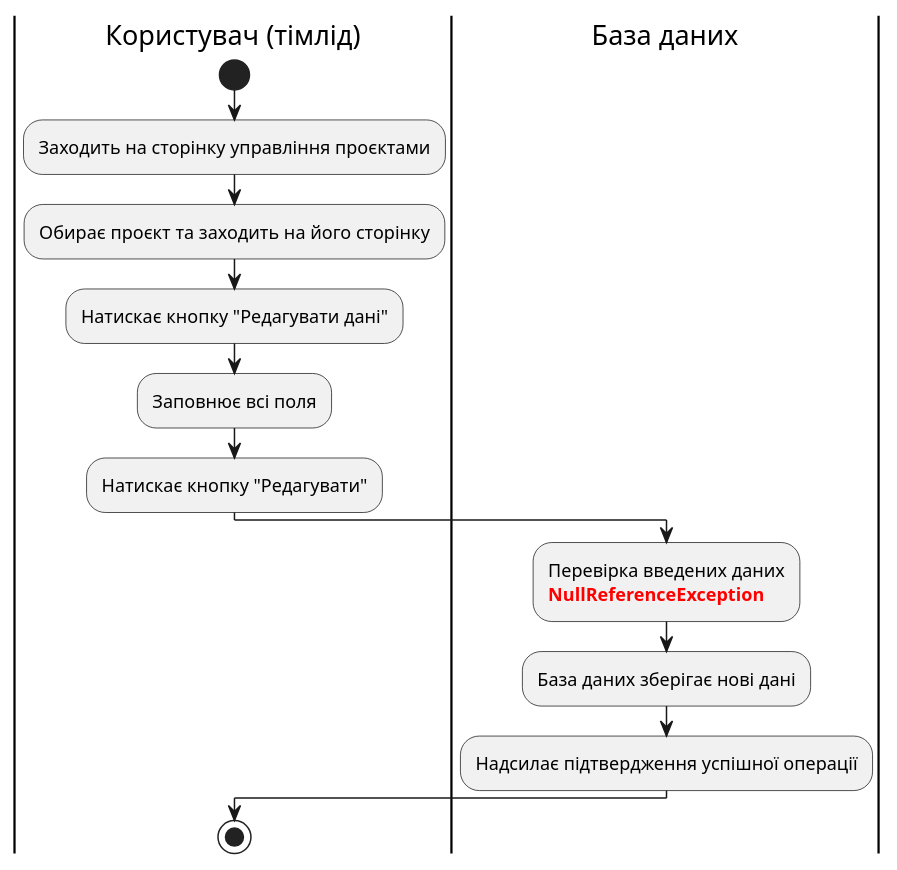
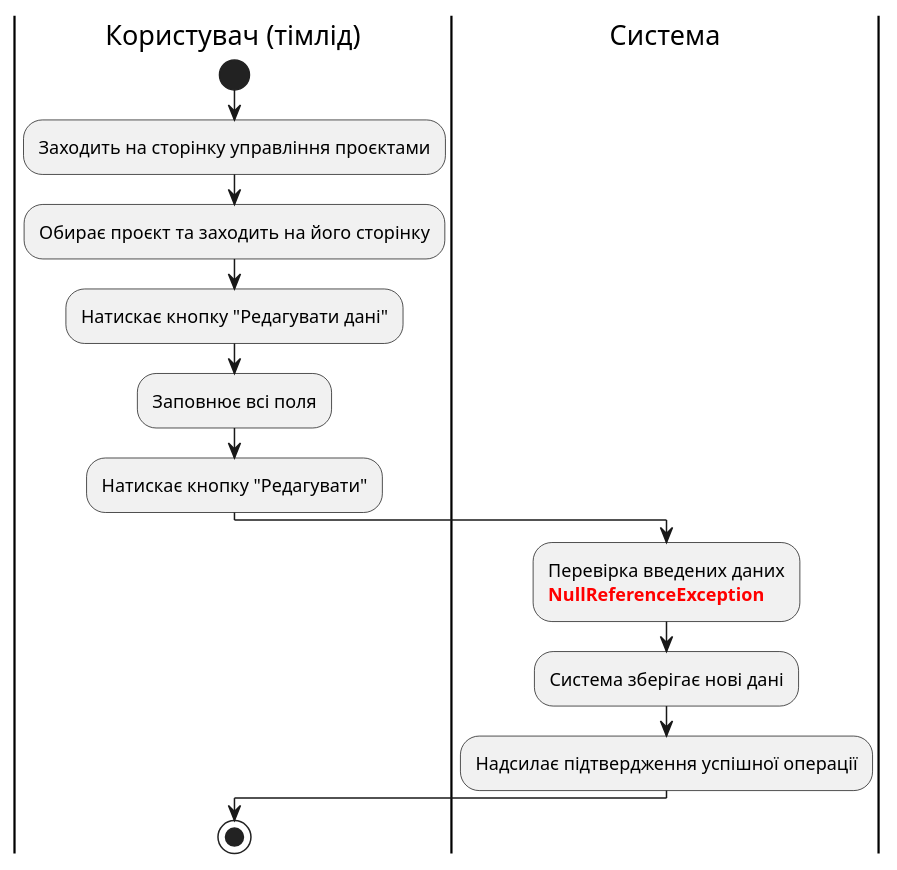
One commit to ppvictoriaaa/db-team4-io24 changed the tenth of 16 diagrams in docs/use cases/README.md. Above: the diagram before and after it, drawn with PlantUML. The commit also changed other lines of this file, not shown here.

```diff
--- a/docs/use cases/README.md
+++ b/docs/use cases/README.md
@@ -330,20 +330,20 @@
 @startuml
 
     |Користувач (тімлід)|
     start;
     :Заходить на сторінку управління проєктами;
     :Обирає проєкт та заходить на його сторінку;
     :Натискає кнопку "Редагувати дані";
     :Заповнює всі поля;
     :Натискає кнопку "Редагувати";
 
-    |База даних|
+    |Система|
     :Перевірка введених даних
     <font color="red">**NullReferenceException**;
-    :База даних зберігає нові дані;
+    :Система зберігає нові дані;
     :Надсилає підтвердження успішної операції;
 
     |Користувач (тімлід)|
     stop;
 
 @enduml
```
